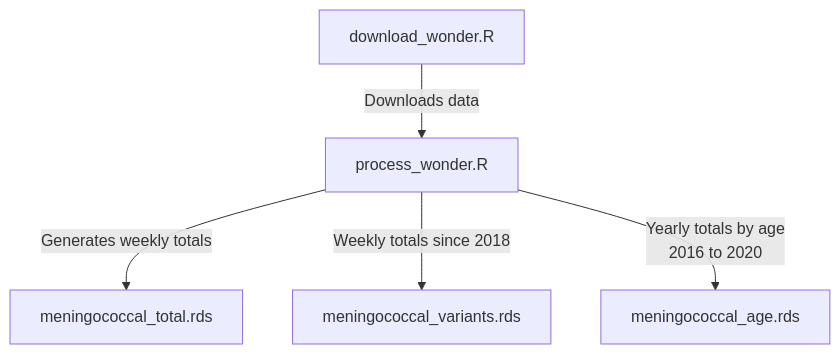
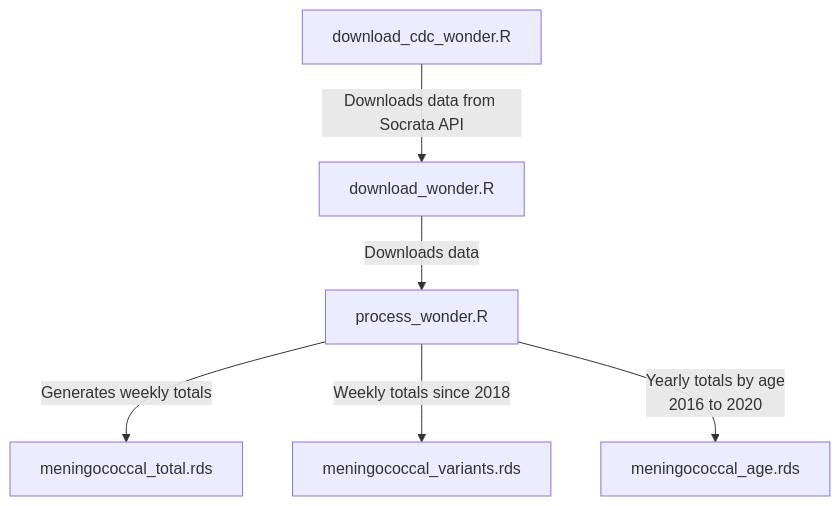
Before and after one commit to RodrigoZepeda/Meningococcal_vaccination: the diagram in README.md, drawn with Mermaid. The commit also changed 169 other files, not shown here.

````diff
--- a/README.md
+++ b/README.md
@@ -11,9 +11,9 @@
 ```mermaid
 graph TD;
 
+    download_cdc_wonder.R -->|Downloads data from Socrata API| download_wonder.R;
     download_wonder.R -->|Downloads data| process_wonder.R;
-    
     process_wonder.R -->|Generates weekly totals| meningococcal_total.rds;
     process_wonder.R -->|Weekly totals since 2018| meningococcal_variants.rds;
     process_wonder.R -->|Yearly totals by age\n2016 to 2020| meningococcal_age.rds;
 ```
````
